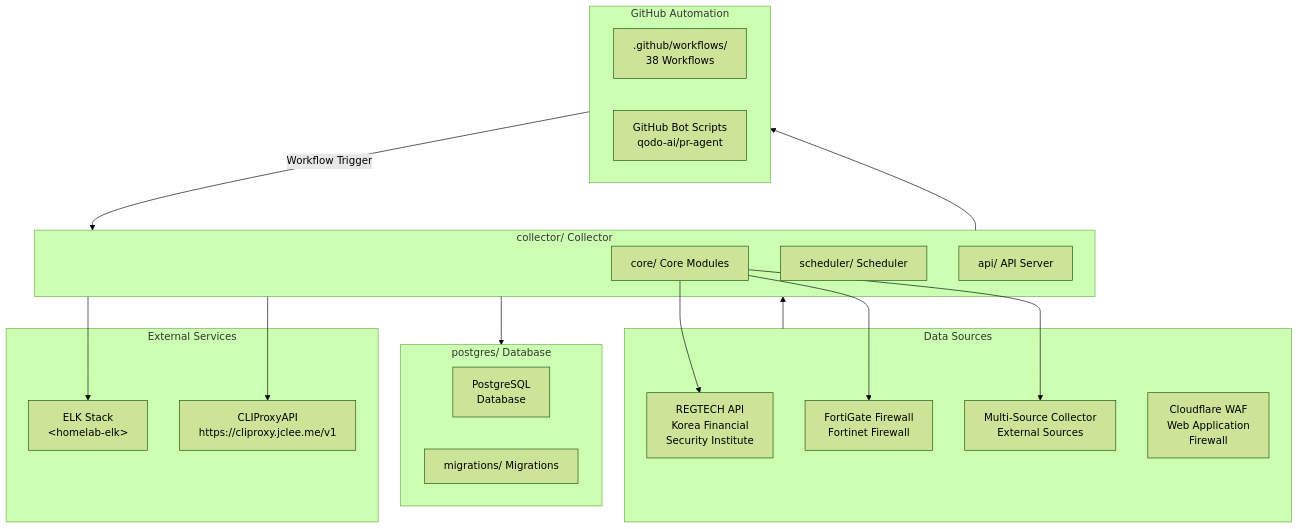
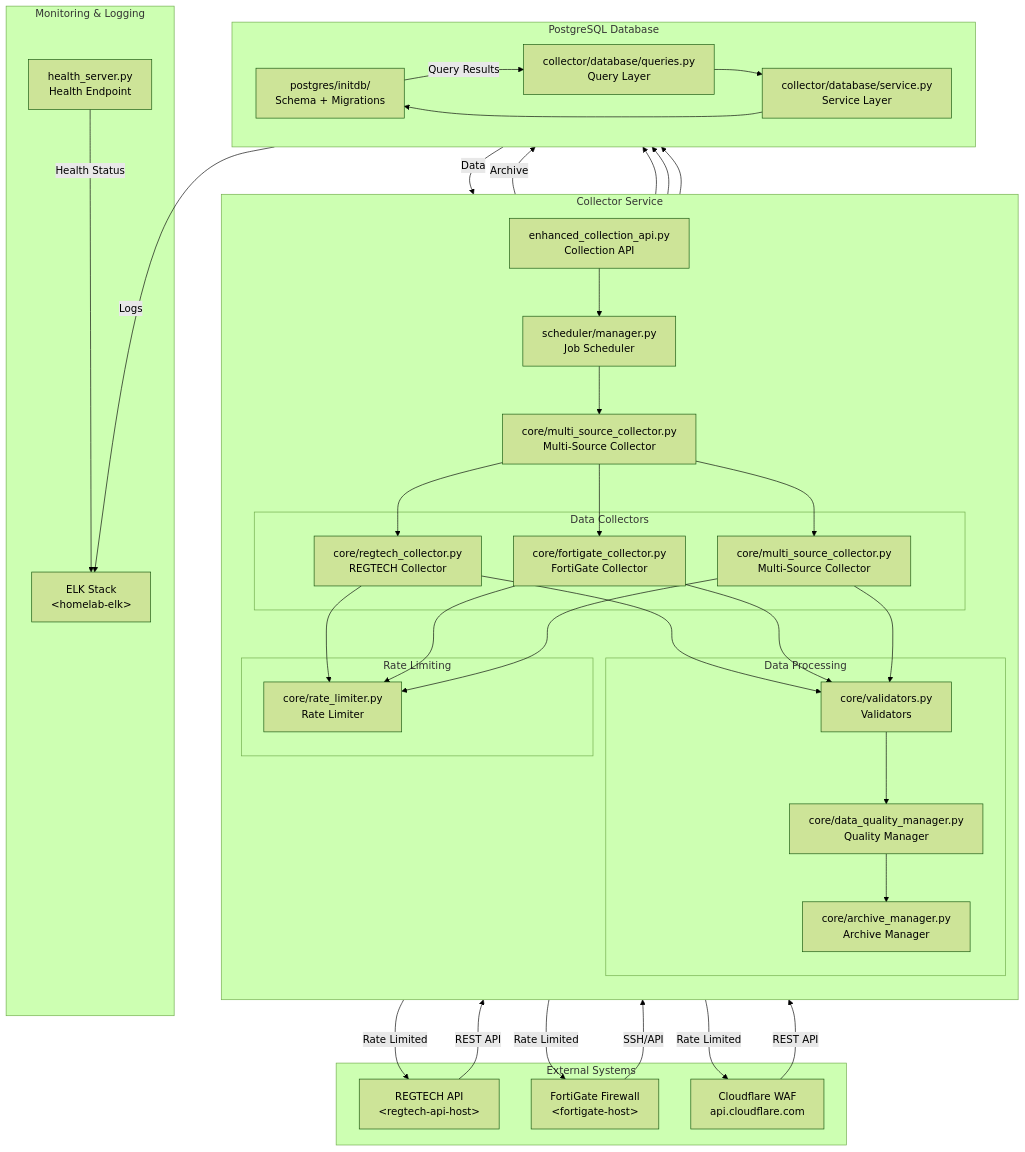
The first of 2 diagrams in README.md (jclee941/blacklist), drawn with Mermaid (forest theme) before and after one commit. The commit also changed other lines of this file, not shown here.

````diff
--- a/README.md
+++ b/README.md
@@ -49,41 +47,82 @@
 ```mermaid
 flowchart TB
-    subgraph DataSources["Data Sources"]
-        REGTECH["REGTECH API<br/>Korea Financial<br/>Security Institute"]
-        FORTIGATE["FortiGate Firewall<br/>Fortinet Firewall"]
-        MULTI["Multi-Source Collector<br/>External Sources"]
-        CLOUDFLARE["Cloudflare WAF<br/>Web Application<br/>Firewall"]
+    subgraph External["External Systems"]
+        REGTECH["REGTECH API<br/>&lt;regtech-api-host&gt;"]
+        FortiGate["FortiGate Firewall<br/>&lt;fortigate-host&gt;"]
+        Cloudflare["Cloudflare WAF<br/>api.cloudflare.com"]
     end
 
-    subgraph Collector["collector/ Collector"]
-        CORE["core/ Core Modules"]
-        SCHEDULER["scheduler/ Scheduler"]
-        API["api/ API Server"]
-
-        CORE --> FORTIGATE
-        CORE --> REGTECH
-        CORE --> MULTI
+    subgraph Collector["Collector Service"]
+        direction TB
+        API["enhanced_collection_api.py<br/>Collection API"]
+        Scheduler["scheduler/manager.py<br/>Job Scheduler"]
+        Core["core/multi_source_collector.py<br/>Multi-Source Collector"]
+        
+        subgraph Collectors["Data Collectors"]
+            RT["core/regtech_collector.py<br/>REGTECH Collector"]
+            FG["core/fortigate_collector.py<br/>FortiGate Collector"]
+            MS["core/multi_source_collector.py<br/>Multi-Source Collector"]
+        end
+        
+        subgraph Processing["Data Processing"]
+            VAL["core/validators.py<br/>Validators"]
+            QM["core/data_quality_manager.py<br/>Quality Manager"]
+            AM["core/archive_manager.py<br/>Archive Manager"]
+        end
+        
+        subgraph RateLimit["Rate Limiting"]
+            RL["core/rate_limiter.py<br/>Rate Limiter"]
+        end
     end
 
-    subgraph Database["postgres/ Database"]
-        PG["PostgreSQL<br/>Database"]
-        MIGRATIONS["migrations/ Migrations"]
+    subgraph Database["PostgreSQL Database"]
+        direction LR
+        PGB["postgres/initdb/<br/>Schema + Migrations"]
+        QUERIES["collector/database/queries.py<br/>Query Layer"]
+        SERVICE["collector/database/service.py<br/>Service Layer"]
     end
 
-    subgraph GitHubAutomation["GitHub Automation"]
-        WORKFLOWS[".github/workflows/<br/>38 Workflows"]
-        BOTS["GitHub Bot Scripts<br/>qodo-ai/pr-agent"]
+    subgraph Monitoring["Monitoring & Logging"]
+        ELK["ELK Stack<br/>&lt;homelab-elk&gt;"]
+        HEALTH["health_server.py<br/>Health Endpoint"]
     end
 
-    subgraph ExternalServices["External Services"]
-        ELK["ELK Stack<br/>&lt;homelab-elk&gt;"]
-        PROXY["CLIProxyAPI<br/>https://cliproxy.jclee.me/v1"]
-    end
-
-    DataSources --> Collector
-    Collector --> Database
-    Collector --> GitHubAutomation
-    GitHubAutomation -->|"Workflow Trigger"| Collector
-    Collector --> ELK
-    Collector --> PROXY
+    REGTECH -->|"REST API"| RT
+    FortiGate -->|"SSH/API"| FG
+    Cloudflare -->|"REST API"| MS
+    
+    API --> Scheduler
+    Scheduler --> Core
+    Core --> RT
+    Core --> FG
+    Core --> MS
+    
+    RT --> VAL
+    FG --> VAL
+    MS --> VAL
+    
+    VAL --> QM
+    QM --> AM
+    AM -->|"Archive"| PGB
+    
+    RT --> RL
+    FG --> RL
+    MS --> RL
+    
+    RL -->|"Rate Limited"| REGTECH
+    RL -->|"Rate Limited"| FortiGate
+    RL -->|"Rate Limited"| Cloudflare
+    
+    RT --> QUERIES
+    FG --> QUERIES
+    MS --> QUERIES
+    
+    QUERIES --> SERVICE
+    SERVICE --> PGB
+    
+    PGB -->|"Query Results"| QUERIES
+    QUERIES -->|"Data"| Core
+    
+    SERVICE -->|"Logs"| ELK
+    HEALTH -->|"Health Status"| ELK
 ```
````
